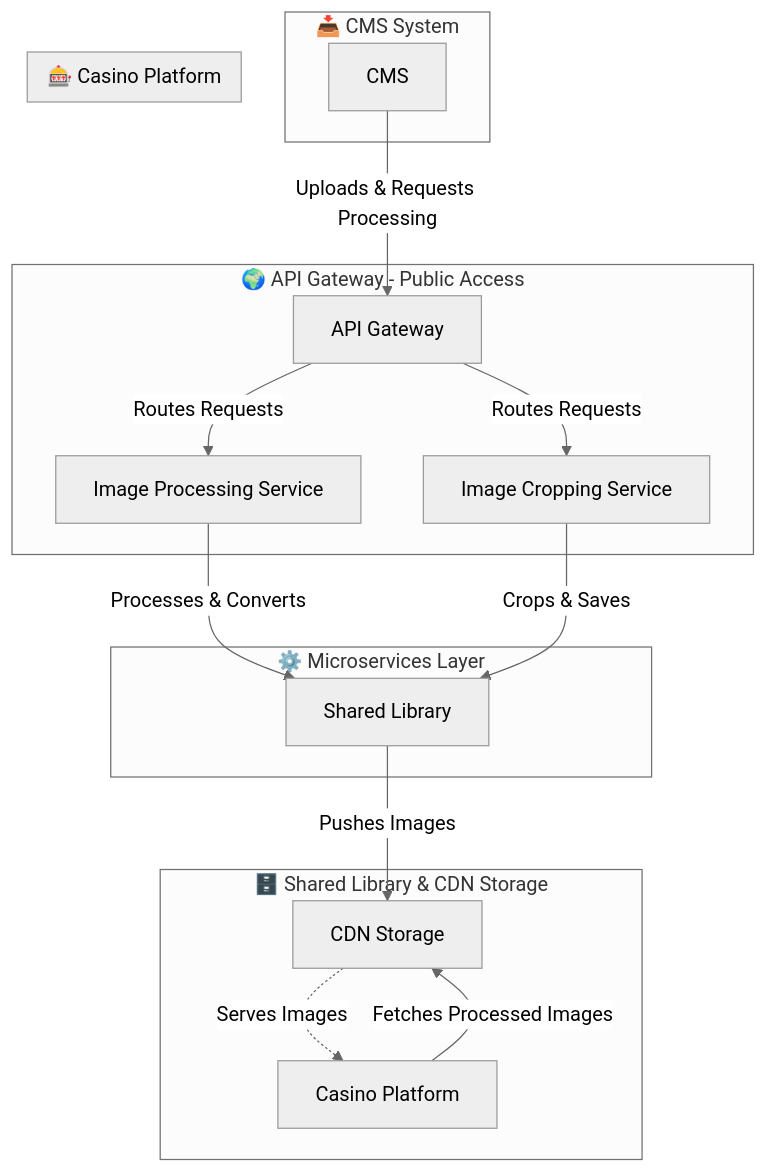
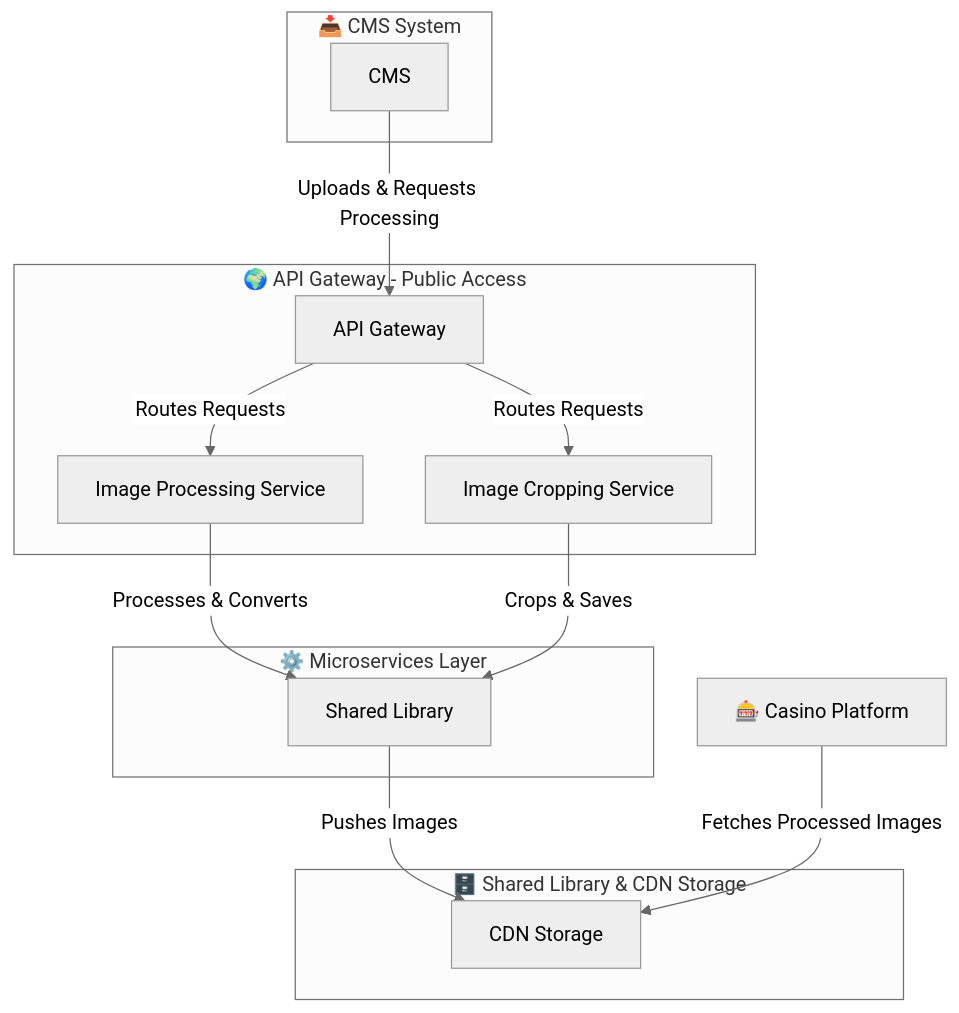
One commit to evilboss/PixForge changed the diagram in ArchitectureDiagram.md. Above: the diagram before and after it, drawn with Mermaid (neutral theme). The commit also changed other lines of this file, not shown here.

Commit message:
more chart fixing

````diff
--- a/ArchitectureDiagram.md
+++ b/ArchitectureDiagram.md
@@ -3,25 +3,22 @@
 ```mermaid
 flowchart TD
     subgraph API Gateway [🌍 API Gateway - Public Access]
-        A[API Gateway] -->|Routes Requests| B(Image Processing Service)
-        A -->|Routes Requests| C(Image Cropping Service)
+        A[API Gateway] -->|Routes Requests| B[Image Processing Service]
+        A -->|Routes Requests| C[Image Cropping Service]
     end
 
     subgraph Microservices [⚙️ Microservices Layer]
         B[Image Processing Service] -->|Processes & Converts| D[Shared Library]
         C[Image Cropping Service] -->|Crops & Saves| D[Shared Library]
     end
 
     subgraph Shared Library & CDN [🗄️ Shared Library & CDN Storage]
         D[Shared Library] -->|Pushes Images| E[CDN Storage]
-        E[CDN Storage] -.->|Serves Images| H[Casino Platform]
     end
 
     subgraph CMS System [📥 CMS System]
         F[CMS] -->|Uploads & Requests Processing| A
     end
 
-    subgraph Casino Platform [🎰 Casino Platform]
-        H[Casino Platform] -->|Fetches Processed Images| E
-    end
+    H[🎰 Casino Platform] -->|Fetches Processed Images| E[CDN Storage]
 ```
````
